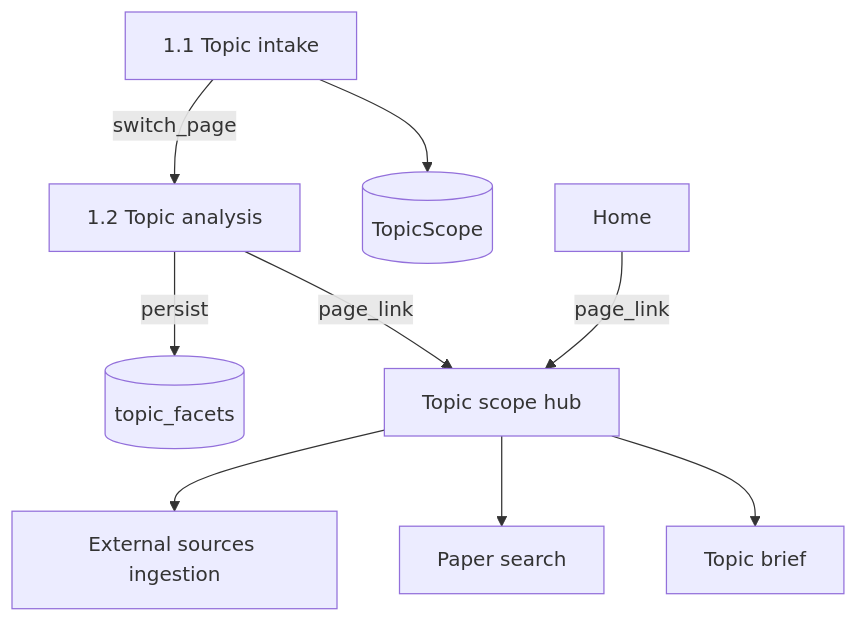
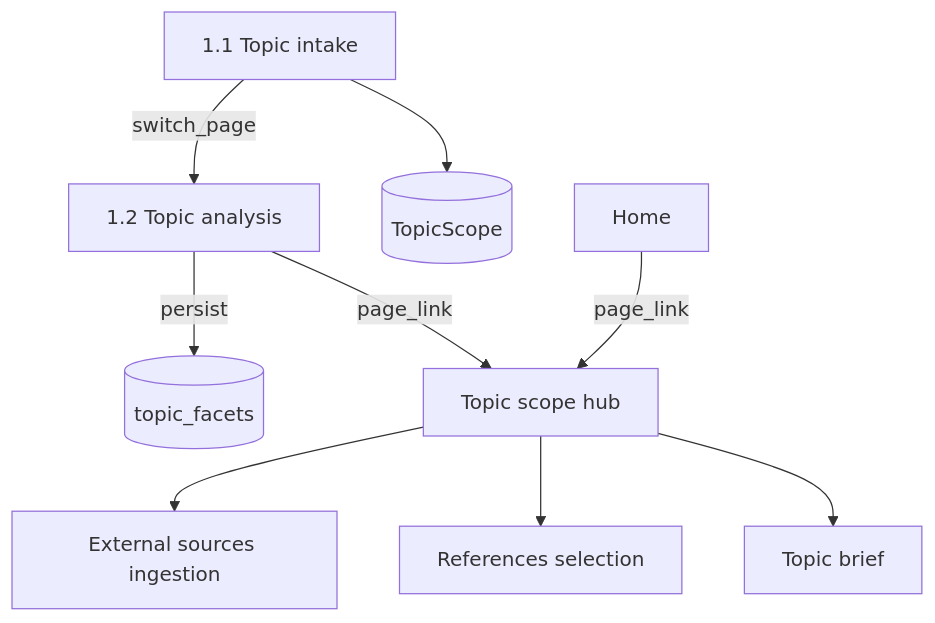
Before and after one commit to GustavoRusso/paper-reviewer: the diagram in docs/specs/1.2-topic-analysis.md, drawn with Mermaid. The commit also changed other lines of this file and 14 other files, not shown here.

````diff
--- a/docs/specs/1.2-topic-analysis.md
+++ b/docs/specs/1.2-topic-analysis.md
@@ -50,20 +50,20 @@
 ```mermaid
 flowchart TB
   home[Home]
   intake[1.1 Topic intake]
   scope[(TopicScope)]
   analyze[1.2 Topic analysis]
   facets[(topic_facets)]
   hub[Topic scope hub]
   ingest[External sources ingestion]
-  paperSearch[Paper search]
+  referencesSelection[References selection]
   topicBrief[Topic brief]
   home -->|page_link| hub
   intake -->|switch_page| analyze
   intake --> scope
   analyze -->|persist| facets
   analyze -->|page_link| hub
   hub --> ingest
-  hub --> paperSearch
+  hub --> referencesSelection
   hub --> topicBrief
 ```
````
